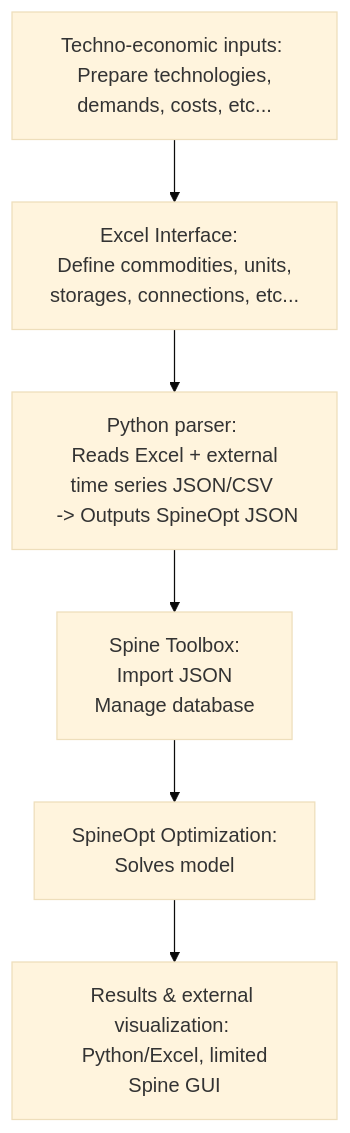
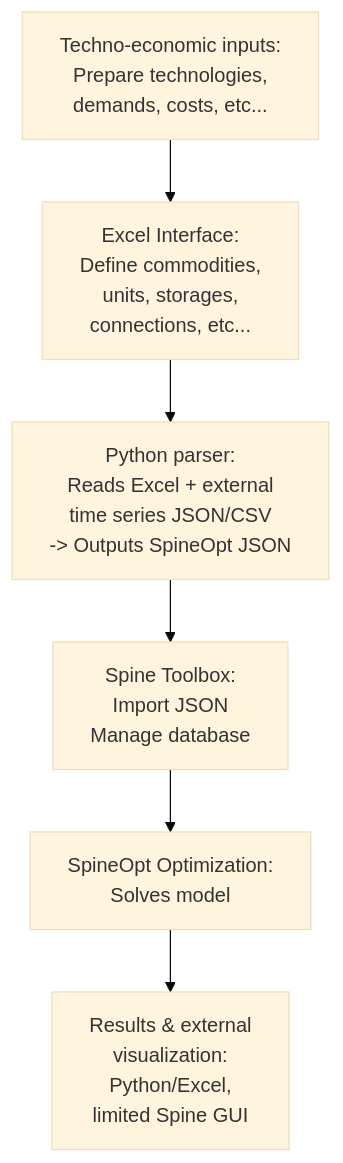
The diagram in docs/1_about.md (tbaptistal/MORPHE2US), drawn with Mermaid (base theme) before and after one commit. The commit also changed 9 other files, not shown here.

````diff
--- a/docs/1_about.md
+++ b/docs/1_about.md
@@ -34,10 +34,11 @@
 ```{mermaid}
 flowchart TD
-    A[Techno-economic inputs: <br> Prepare technologies, demands, costs, etc...]
-    A --> B[Excel Interface:  <br> Define commodities, units, storages, connections, etc...]
-    B --> C[Python parser: <br> Reads Excel + external time series JSON/CSV <br> -> Outputs SpineOpt JSON]
+
+    A[Techno-economic inputs:<br> Prepare technologies, <br> demands, costs, etc...]
+    A --> B[Excel Interface:  <br> Define commodities, <br> units, storages, <br> connections, etc...]
+    B --> C[Python parser: <br> Reads Excel + external <br> time series JSON/CSV <br> -> Outputs SpineOpt JSON]
     C --> D[Spine Toolbox: <br> Import JSON <br> Manage database]
     D --> E[SpineOpt Optimization: <br> Solves model]
-    E --> F[Results & external visualization: <br> Python/Excel, limited Spine GUI]
+    E --> F[Results & external <br> visualization: <br> Python/Excel, <br> limited Spine GUI]
   
 ```
````
